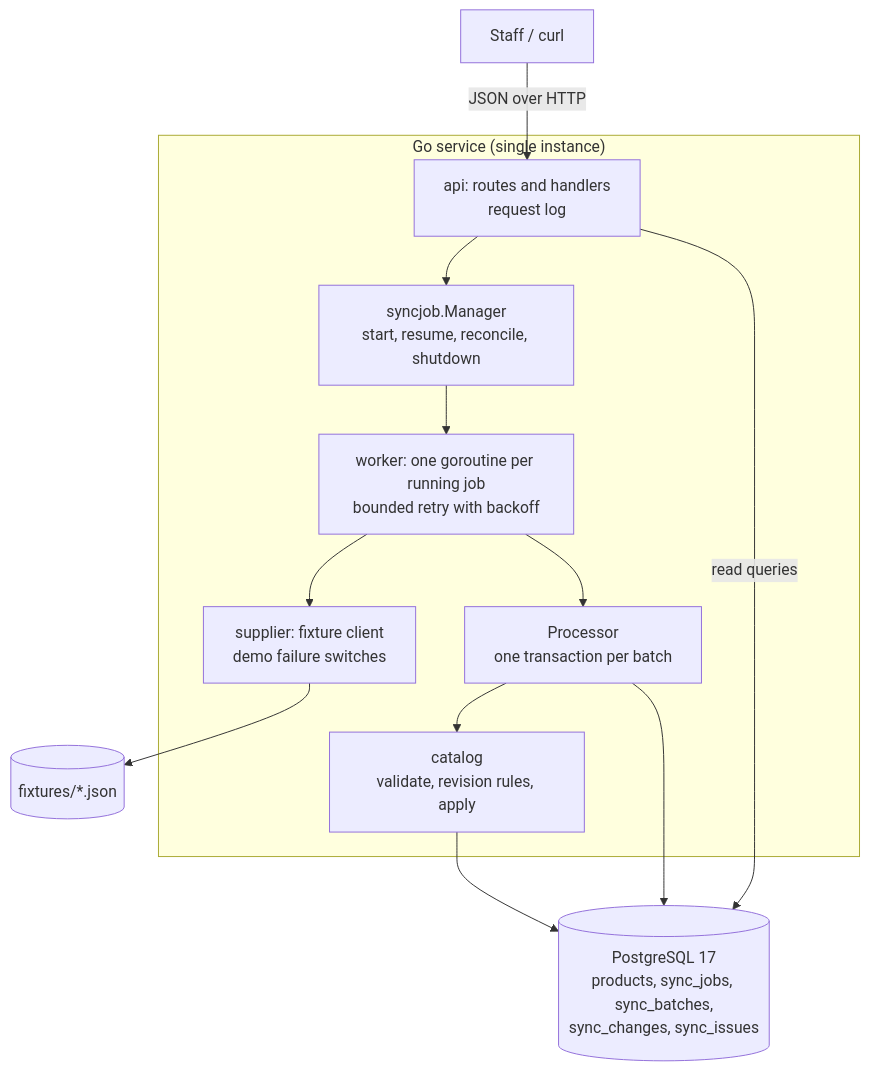
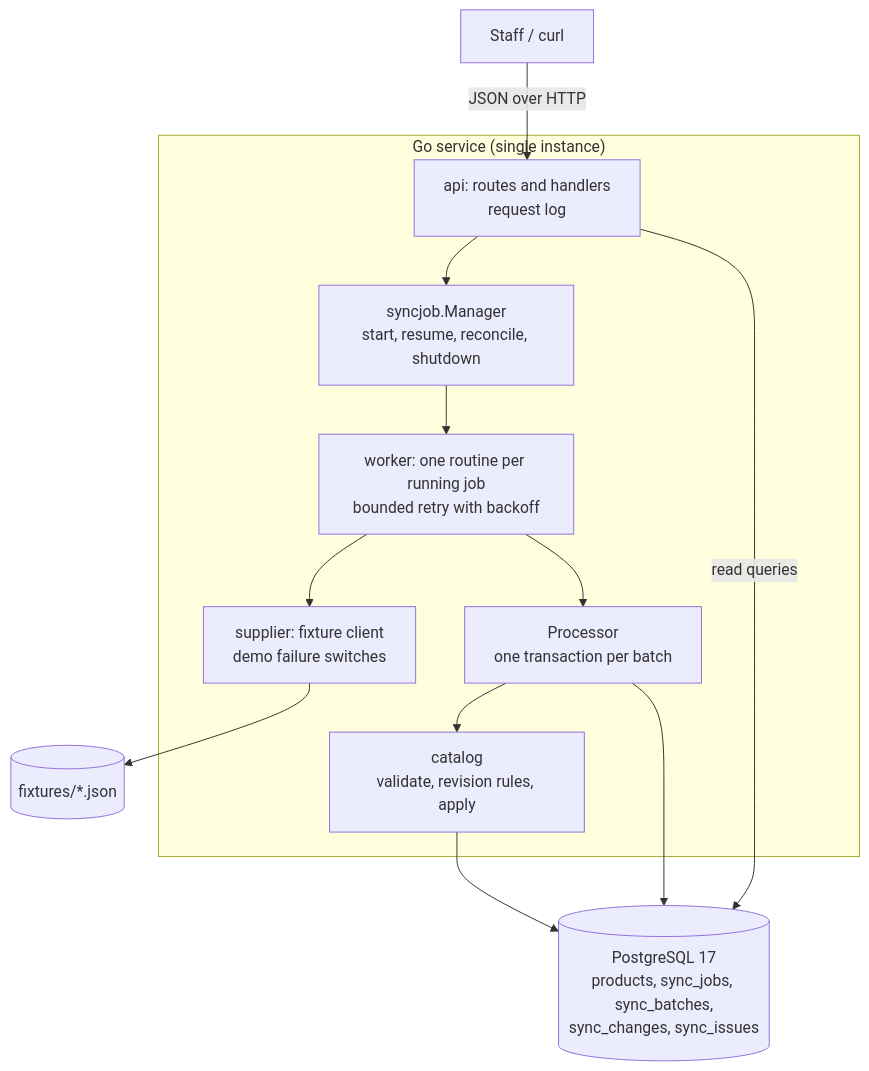
Before and after one commit to DuongCM2004/Supplier_catalog_updates: the diagram in README.md, drawn with Mermaid.

Commit message:
docs(docs): call the worker a routine in the architecture diagram
The worker node in the README diagram now reads "one routine per
running job" instead of "one goroutine per running job".

Verified: git diff shows only that diagram line changed

````diff
--- a/README.md
+++ b/README.md
@@ -17,20 +17,20 @@
 ```mermaid
 flowchart TB
   staff["Staff / curl"] -->|"JSON over HTTP"| api
   subgraph app["Go service (single instance)"]
     api["api: routes and handlers<br/>request log"]
     mgr["syncjob.Manager<br/>start, resume, reconcile, shutdown"]
-    wrk["worker: one goroutine per running job<br/>bounded retry with backoff"]
+    wrk["worker: one routine per running job<br/>bounded retry with backoff"]
     prc["Processor<br/>one transaction per batch"]
     cat["catalog<br/>validate, revision rules, apply"]
     sup["supplier: fixture client<br/>demo failure switches"]
     api --> mgr --> wrk
     wrk --> sup
     wrk --> prc --> cat
   end
   sup --> fx[("fixtures/*.json")]
   prc --> pg
   cat --> pg
   api -->|"read queries"| pg
   pg[("PostgreSQL 17<br/>products, sync_jobs, sync_batches,<br/>sync_changes, sync_issues")]
 ```
````
